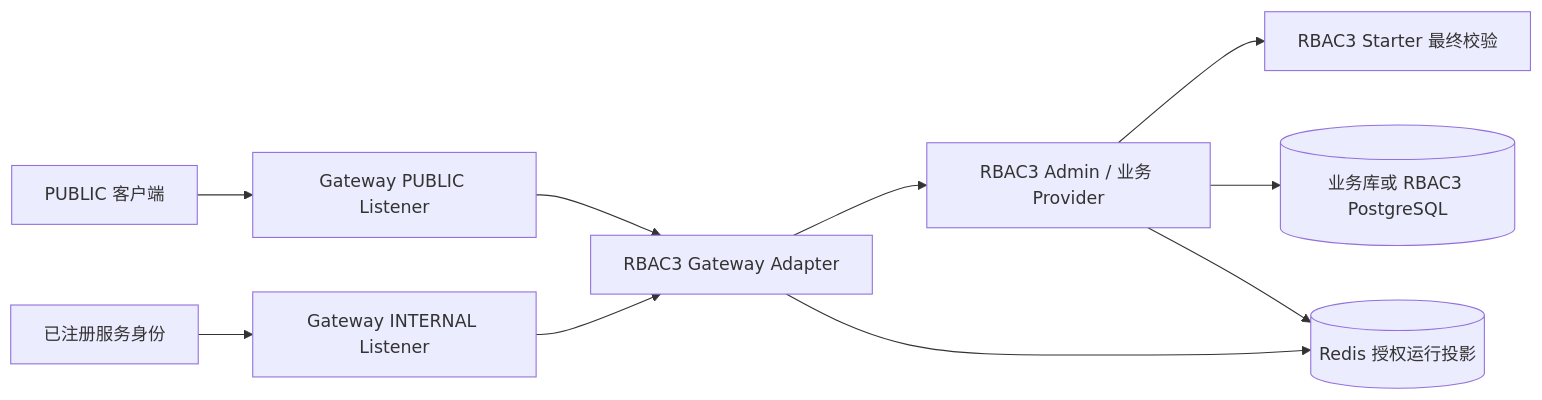
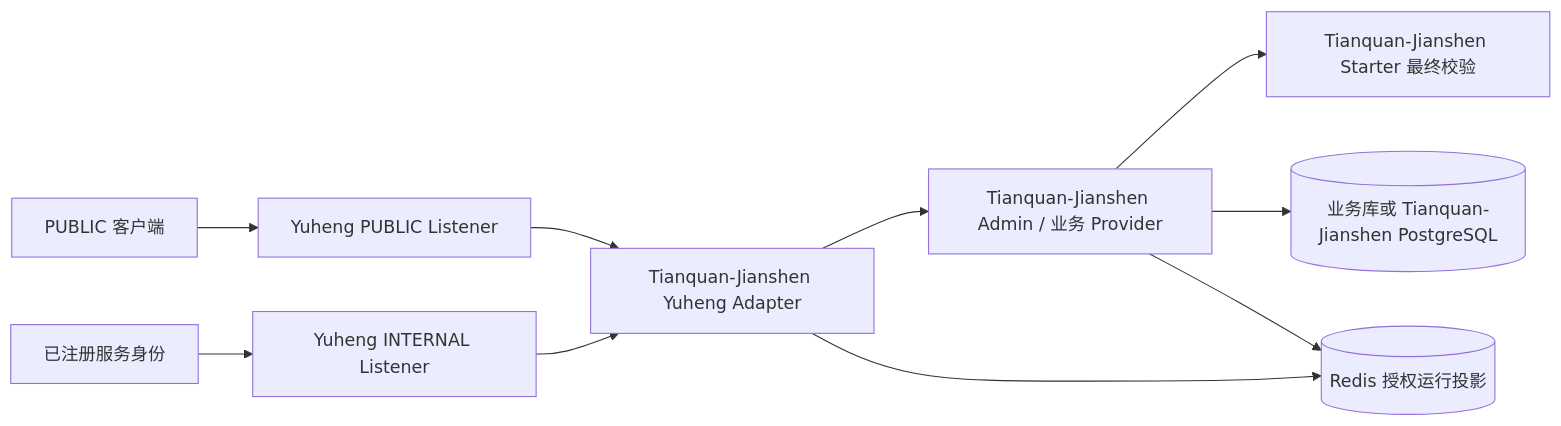
One commit to AllenDEricDAlexander/Egon-COLA changed the second of 6 diagrams in docs/superpowers/specs/2026-07-30-rbac3-permission-platform-design.md. Above: the diagram before and after it, drawn with Mermaid. The commit also changed other lines of this file and 233 other files, not shown here.

````diff
--- a/docs/superpowers/specs/2026-07-30-rbac3-permission-platform-design.md
+++ b/docs/superpowers/specs/2026-07-30-rbac3-permission-platform-design.md
@@ -527,12 +527,12 @@
 ```mermaid
 flowchart LR
-    Internet["PUBLIC 客户端"] --> PublicListener["Gateway PUBLIC Listener"]
-    Service["已注册服务身份"] --> InternalListener["Gateway INTERNAL Listener"]
-    PublicListener --> Adapter["RBAC3 Gateway Adapter"]
+    Internet["PUBLIC 客户端"] --> PublicListener["Yuheng PUBLIC Listener"]
+    Service["已注册服务身份"] --> InternalListener["Yuheng INTERNAL Listener"]
+    PublicListener --> Adapter["Tianquan-Jianshen Yuheng Adapter"]
     InternalListener --> Adapter
-    Adapter --> Provider["RBAC3 Admin / 业务 Provider"]
-    Provider --> Starter["RBAC3 Starter 最终校验"]
-    Provider --> Db[("业务库或 RBAC3 PostgreSQL")]
+    Adapter --> Provider["Tianquan-Jianshen Admin / 业务 Provider"]
+    Provider --> Starter["Tianquan-Jianshen Starter 最终校验"]
+    Provider --> Db[("业务库或 Tianquan-Jianshen PostgreSQL")]
     Adapter --> Runtime[("Redis 授权运行投影")]
     Provider --> Runtime
 ```
````
